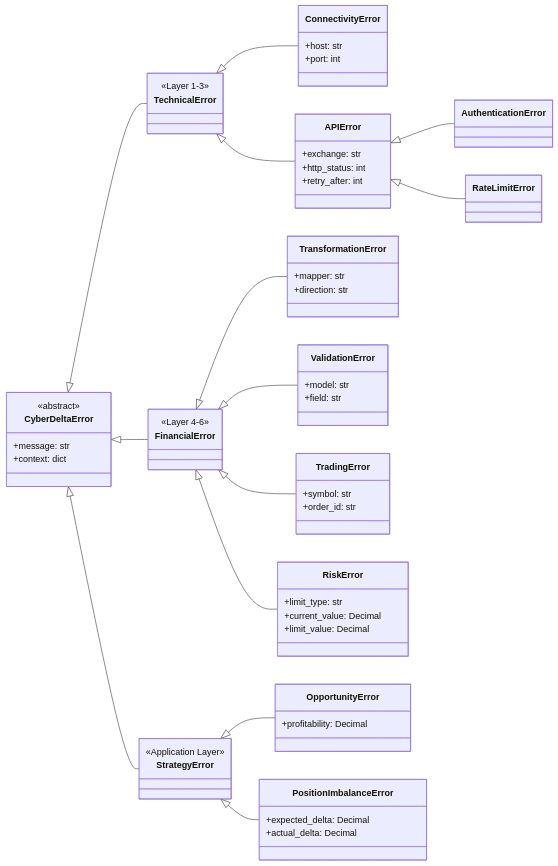
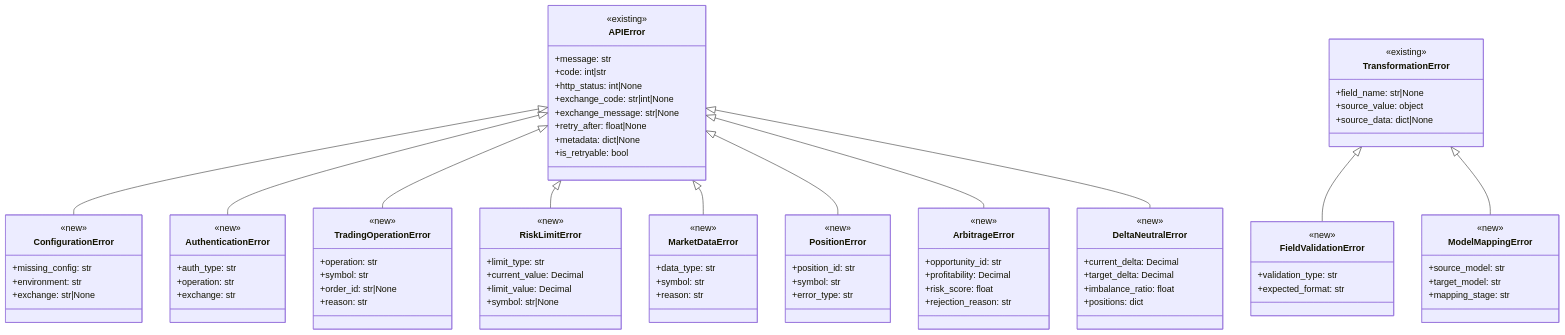
One commit to plataplomo/hummingbot changed the sixth of 14 diagrams in workflow/exceptions_refactor/ruff_refactor.md. Above: the diagram before and after it, drawn with Mermaid. The commit also changed other lines of this file and 2 other files, not shown here.

````diff
--- a/workflow/exceptions_refactor/ruff_refactor.md
+++ b/workflow/exceptions_refactor/ruff_refactor.md
@@ -122,73 +328,113 @@
 ```mermaid
 classDiagram
-    direction LR
-    class CyberDeltaError {
-        <<abstract>>
+    direction TB
+
+    %% Existing Classes (DO NOT MODIFY)
+    class APIError {
+        <<existing>>
         +message: str
-        +context: dict
-    }
-    class TechnicalError {
-        <<Layer 1-3>>
-    }
-    class FinancialError {
-        <<Layer 4-6>>
-    }
-    class StrategyError {
-        <<Application Layer>>
+        +code: int|str
+        +http_status: int|None
+        +exchange_code: str|int|None
+        +exchange_message: str|None
+        +retry_after: float|None
+        +metadata: dict|None
+        +is_retryable: bool
     }
 
-    CyberDeltaError <|-- TechnicalError
-    CyberDeltaError <|-- FinancialError
-    CyberDeltaError <|-- StrategyError
-
-    class ConnectivityError {
-        +host: str
-        +port: int
-    }
-    class APIError {
-        +exchange: str
-        +http_status: int
-        +retry_after: int
-    }
-    class AuthenticationError
-    class RateLimitError
-
-    TechnicalError <|-- ConnectivityError
-    TechnicalError <|-- APIError
-    APIError <|-- AuthenticationError
-    APIError <|-- RateLimitError
-
     class TransformationError {
-        +mapper: str
-        +direction: str
-    }
-    class ValidationError {
-        +model: str
-        +field: str
-    }
-    class TradingError {
-        +symbol: str
-        +order_id: str
-    }
-    class RiskError {
-         +limit_type: str
-         +current_value: Decimal
-         +limit_value: Decimal
+        <<existing>>
+        +field_name: str|None
+        +source_value: object
+        +source_data: dict|None
     }
 
-    FinancialError <|-- TransformationError
-    FinancialError <|-- ValidationError
-    FinancialError <|-- TradingError
-    FinancialError <|-- RiskError
-
-    class OpportunityError {
-        +profitability: Decimal
-    }
-    class PositionImbalanceError {
-        +expected_delta: Decimal
-        +actual_delta: Decimal
+    %% New Specific Exception Classes (EXTEND EXISTING)
+    class ConfigurationError {
+        <<new>>
+        +missing_config: str
+        +environment: str
+        +exchange: str|None
     }
 
-    StrategyError <|-- OpportunityError
-    StrategyError <|-- PositionImbalanceError
+    class AuthenticationError {
+        <<new>>
+        +auth_type: str
+        +operation: str
+        +exchange: str
+    }
+
+    class TradingOperationError {
+        <<new>>
+        +operation: str
+        +symbol: str
+        +order_id: str|None
+        +reason: str
+    }
+
+    class RiskLimitError {
+        <<new>>
+        +limit_type: str
+        +current_value: Decimal
+        +limit_value: Decimal
+        +symbol: str|None
+    }
+
+    class MarketDataError {
+        <<new>>
+        +data_type: str
+        +symbol: str
+        +reason: str
+    }
+
+    class PositionError {
+        <<new>>
+        +position_id: str
+        +symbol: str
+        +error_type: str
+    }
+
+    %% Strategy-Specific Exceptions
+    class ArbitrageError {
+        <<new>>
+        +opportunity_id: str
+        +profitability: Decimal
+        +risk_score: float
+        +rejection_reason: str
+    }
+
+    class DeltaNeutralError {
+        <<new>>
+        +current_delta: Decimal
+        +target_delta: Decimal
+        +imbalance_ratio: float
+        +positions: dict
+    }
+
+    %% Inheritance (extends APIError)
+    APIError <|-- ConfigurationError
+    APIError <|-- AuthenticationError
+    APIError <|-- TradingOperationError
+    APIError <|-- RiskLimitError
+    APIError <|-- MarketDataError
+    APIError <|-- PositionError
+    APIError <|-- ArbitrageError
+    APIError <|-- DeltaNeutralError
+
+    %% TransformationError extensions
+    class FieldValidationError {
+        <<new>>
+        +validation_type: str
+        +expected_format: str
+    }
+
+    class ModelMappingError {
+        <<new>>
+        +source_model: str
+        +target_model: str
+        +mapping_stage: str
+    }
+
+    TransformationError <|-- FieldValidationError
+    TransformationError <|-- ModelMappingError
 ```
````
